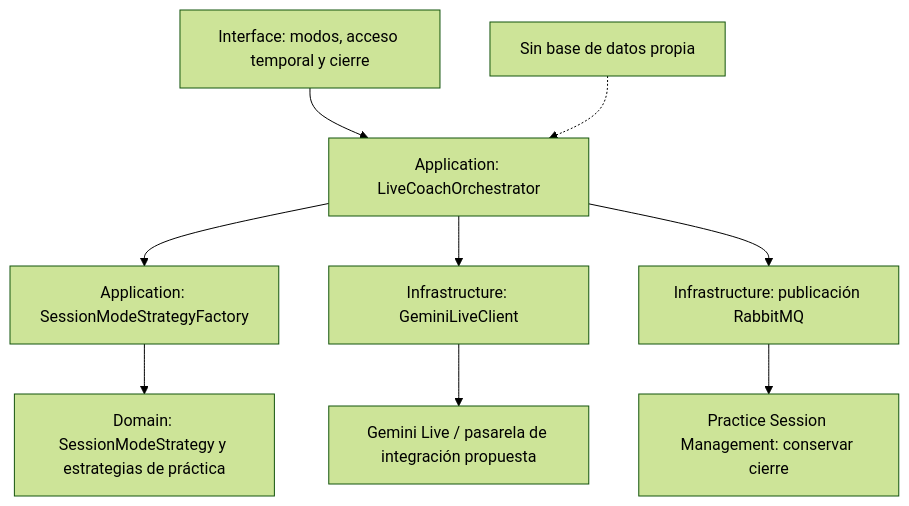
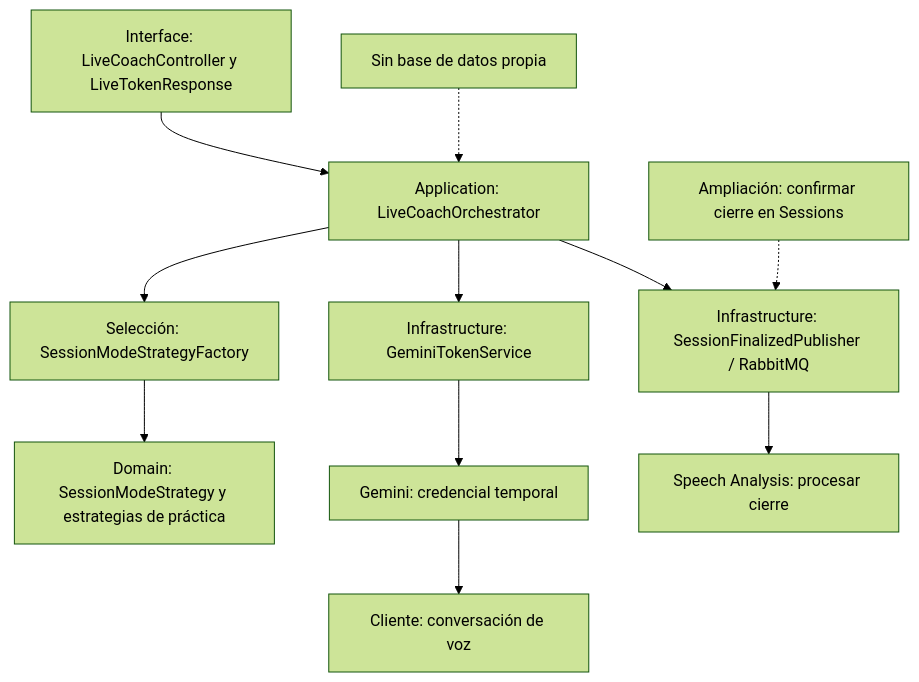
Before and after one commit to upc-pre-202620-si728-16365-thropic/talki-project-report: the diagram in assets/diagrams/tactical/01-live-coaching-components.mmd, drawn with Mermaid (forest theme). The commit also changed 23 other files, not shown here.

```diff
--- a/assets/diagrams/tactical/01-live-coaching-components.mmd
+++ b/assets/diagrams/tactical/01-live-coaching-components.mmd
@@ -1,9 +1,11 @@
 flowchart TB
-  input["Interface: modos, acceso temporal y cierre"] --> app["Application: LiveCoachOrchestrator"]
-  app --> factory["Application: SessionModeStrategyFactory"]
+  input["Interface: LiveCoachController y LiveTokenResponse"] --> app["Application: LiveCoachOrchestrator"]
+  app --> factory["Selección: SessionModeStrategyFactory"]
   factory --> strategy["Domain: SessionModeStrategy y estrategias de práctica"]
-  app --> client["Infrastructure: GeminiLiveClient"]
-  client --> provider["Gemini Live / pasarela de integración propuesta"]
-  app --> events["Infrastructure: publicación RabbitMQ"]
-  events --> sessions["Practice Session Management: conservar cierre"]
+  app --> token["Infrastructure: GeminiTokenService"]
+  token --> provider["Gemini: credencial temporal"]
+  provider --> client["Cliente: conversación de voz"]
+  app --> events["Infrastructure: SessionFinalizedPublisher / RabbitMQ"]
+  events --> next["Speech Analysis: procesar cierre"]
+  confirm["Ampliación: confirmar cierre en Sessions"] -.-> events
   note["Sin base de datos propia"] -.-> app
```
